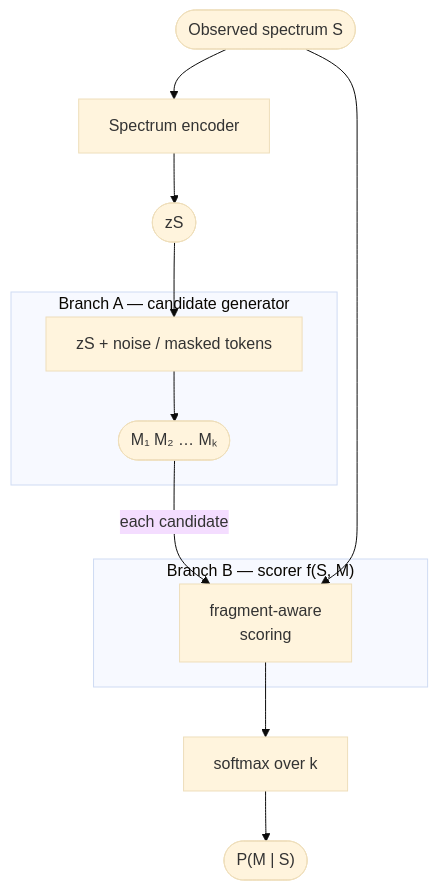
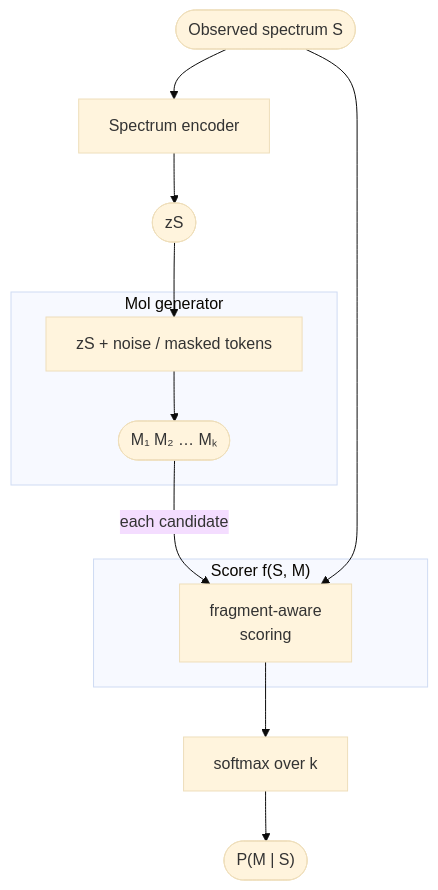
One commit to LZhang98/fragnnet changed the second of 2 diagrams in docs/lz_molecular_generation.md. Above: the diagram before and after it, drawn with Mermaid (base theme). The commit also changed other lines of this file, not shown here.

````diff
--- a/docs/lz_molecular_generation.md
+++ b/docs/lz_molecular_generation.md
@@ -99,22 +99,22 @@
 ```mermaid
 flowchart TD
     S(["Observed spectrum S"])
     E["Spectrum encoder"]
     zS(["zS"])
 
-    subgraph A ["Branch A — candidate generator"]
+    subgraph A ["Mol generator"]
         GA["zS + noise / masked tokens"]
         MA(["M₁  M₂  …  Mₖ"])
         GA --> MA
     end
 
-    subgraph B ["Branch B — scorer  f(S, M)"]
+    subgraph B ["Scorer  f(S, M)"]
         SC["fragment-aware\nscoring"]
     end
 
     S --> E --> zS --> GA
     MA -->|each candidate| SC
     S --> SC
     SC --> SM["softmax over k"]
     SM --> PM(["P(M | S)"])
 ```
````
